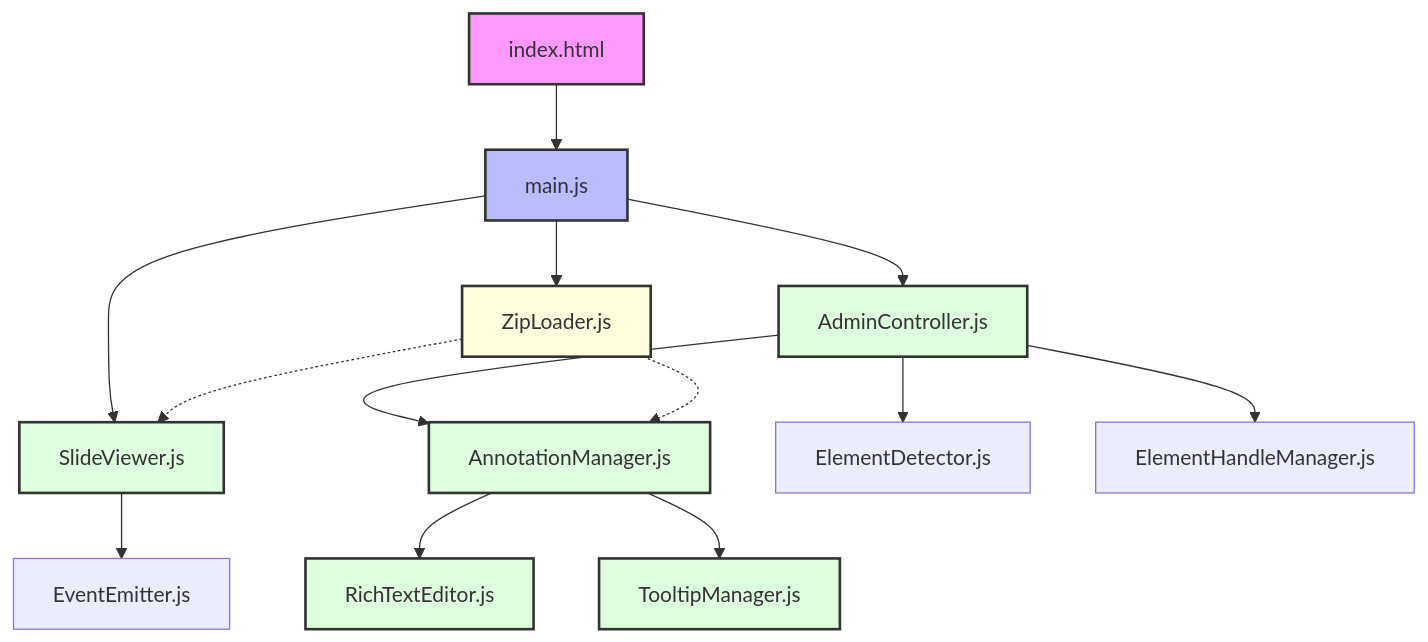
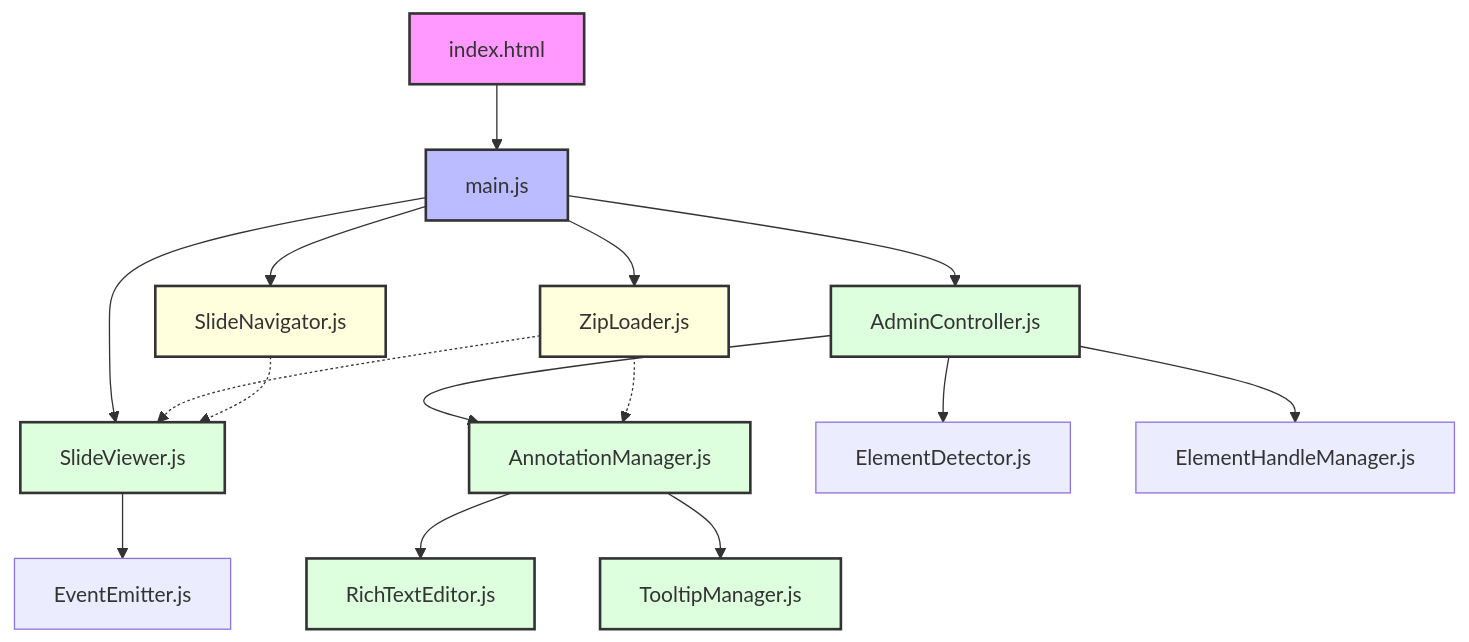
The first of 3 diagrams in Architecture.md (lucasjellema/slide-viewer), drawn with Mermaid before and after one commit. The commit also changed other lines of this file and 5 other files, not shown here.

````diff
--- a/Architecture.md
+++ b/Architecture.md
@@ -9,24 +9,27 @@
 ```mermaid
 graph TD
     A[index.html] --> B[main.js]
     B --> C[SlideViewer.js]
     B --> D[AdminController.js]
     B --> K[ZipLoader.js]
+    B --> L[SlideNavigator.js]
     D --> E[AnnotationManager.js]
     E --> F[RichTextEditor.js]
     E --> G[TooltipManager.js]
     C --> H[EventEmitter.js]
     D --> I[ElementDetector.js]
     D --> J[ElementHandleManager.js]
     K -.-> C
     K -.-> E
+    L -.-> C
     
     style A fill:#f9f,stroke:#333,stroke-width:2px
     style B fill:#bbf,stroke:#333,stroke-width:2px
     style C fill:#dfd,stroke:#333,stroke-width:2px
     style D fill:#dfd,stroke:#333,stroke-width:2px
     style E fill:#dfd,stroke:#333,stroke-width:2px
     style F fill:#dfd,stroke:#333,stroke-width:2px
     style G fill:#dfd,stroke:#333,stroke-width:2px
     style K fill:#ffd,stroke:#333,stroke-width:2px
+    style L fill:#ffd,stroke:#333,stroke-width:2px
 ```
````
